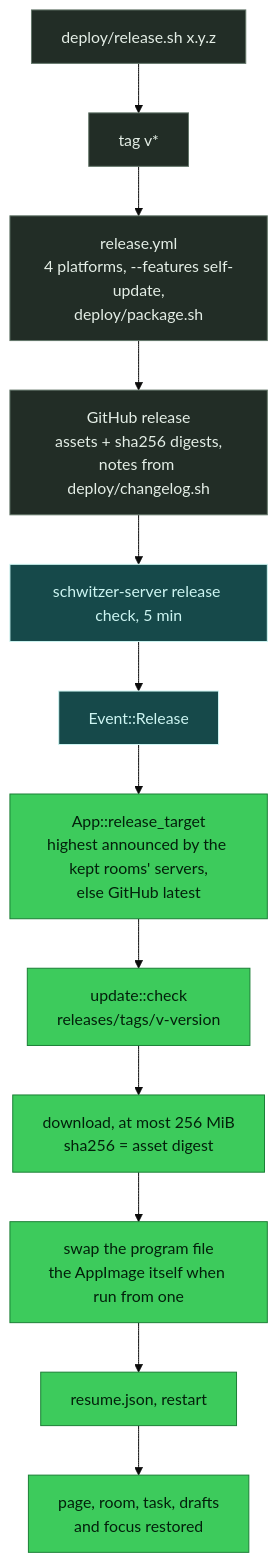
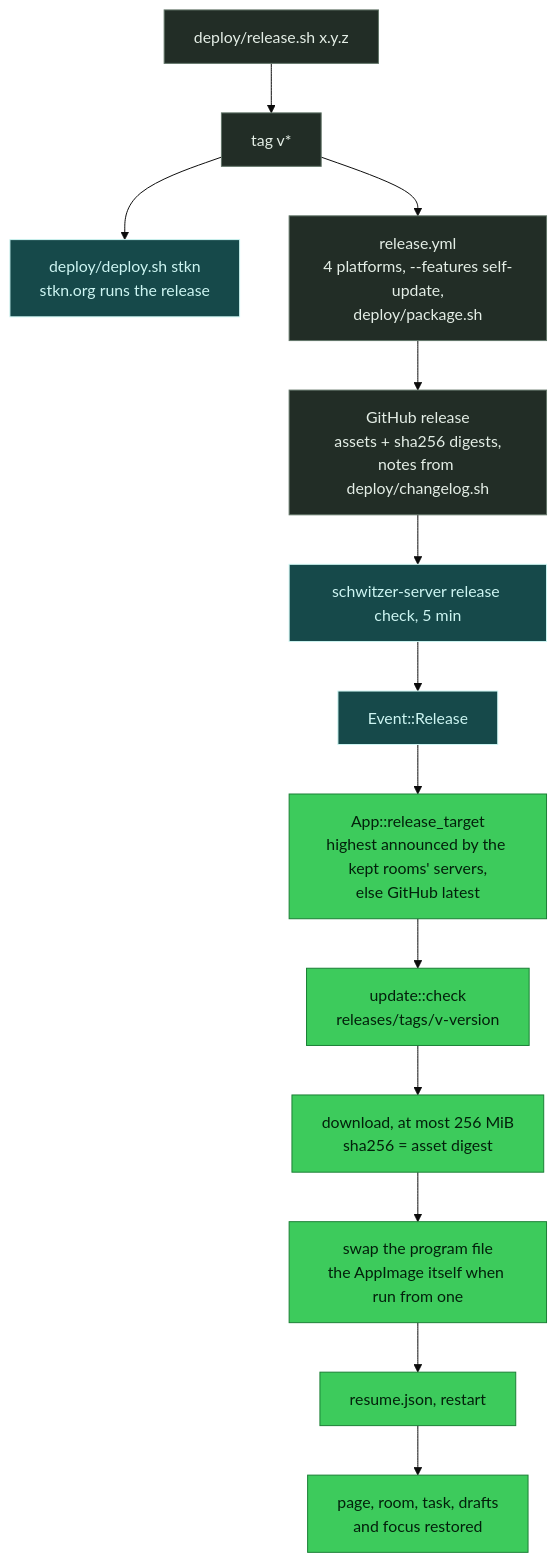
The eighth of 8 diagrams in docs/ARCHITECTURE.md (griasdi/schwitzer), drawn with Mermaid (base theme) before and after one commit. The commit also changed other lines of this file and 4 other files, not shown here.

Commit message:
Deploy stkn.org only with a release

````diff
--- a/docs/ARCHITECTURE.md
+++ b/docs/ARCHITECTURE.md
@@ -487,17 +487,18 @@
 ```mermaid
 flowchart TB
   classDef app fill:#3dcb5c,stroke:#1a7f35,color:#03200b
   classDef server fill:#16494a,stroke:#cdf5f2,color:#cdf5f2
   classDef ext fill:#222d26,stroke:#627568,color:#e4eee6
   rel["deploy/release.sh x.y.z"]:::ext --> tag["tag v*"]:::ext
+  tag --> stkn["deploy/deploy.sh stkn<br/>stkn.org runs the release"]:::server
   tag --> yml["release.yml<br/>4 platforms, --features self-update,<br/>deploy/package.sh"]:::ext
   yml --> gh["GitHub release<br/>assets + sha256 digests,<br/>notes from deploy/changelog.sh"]:::ext
   gh --> check["schwitzer-server release check, 5 min"]:::server
   check --> ev["Event::Release"]:::server
   ev --> target["App::release_target<br/>highest announced by the kept rooms' servers,<br/>else GitHub latest"]:::app
   target --> upd["update::check<br/>releases/tags/v-version"]:::app
   upd --> dl["download, at most 256 MiB<br/>sha256 = asset digest"]:::app
   dl --> swap["swap the program file<br/>the AppImage itself when run from one"]:::app
   swap --> resume["resume.json, restart"]:::app
   resume --> back["page, room, task, drafts<br/>and focus restored"]:::app
 ```
````
